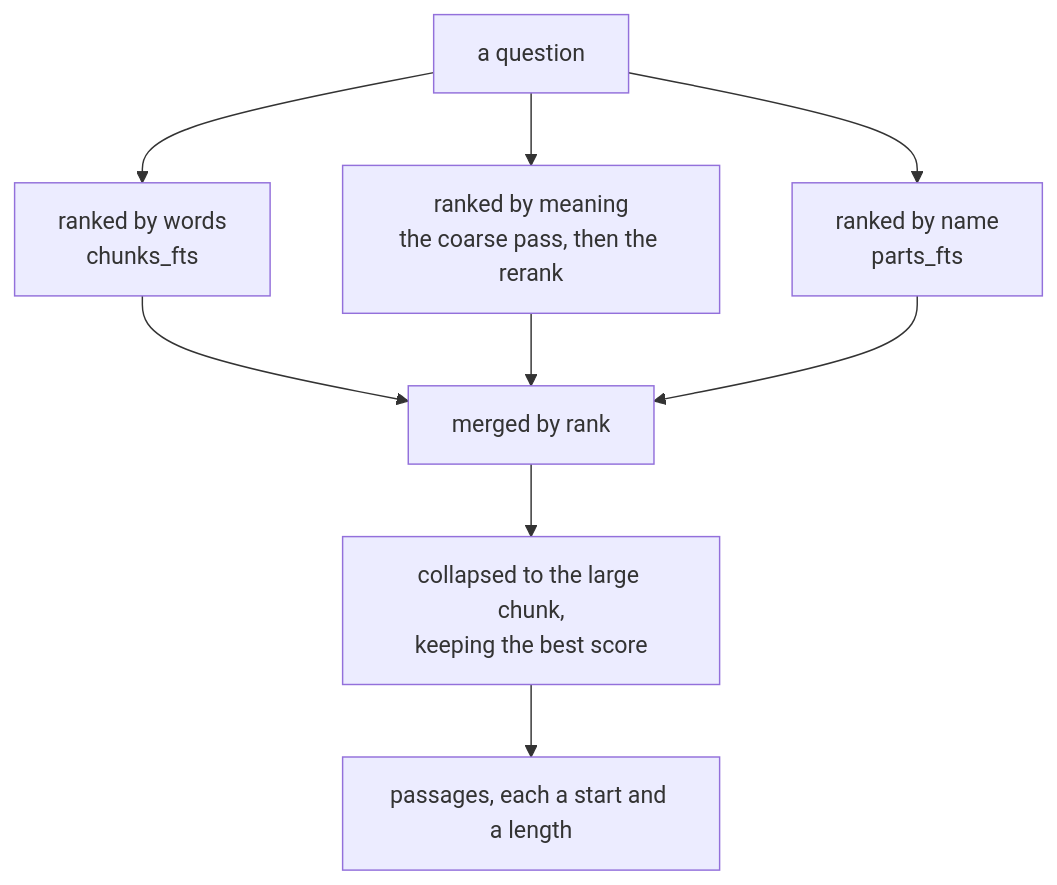
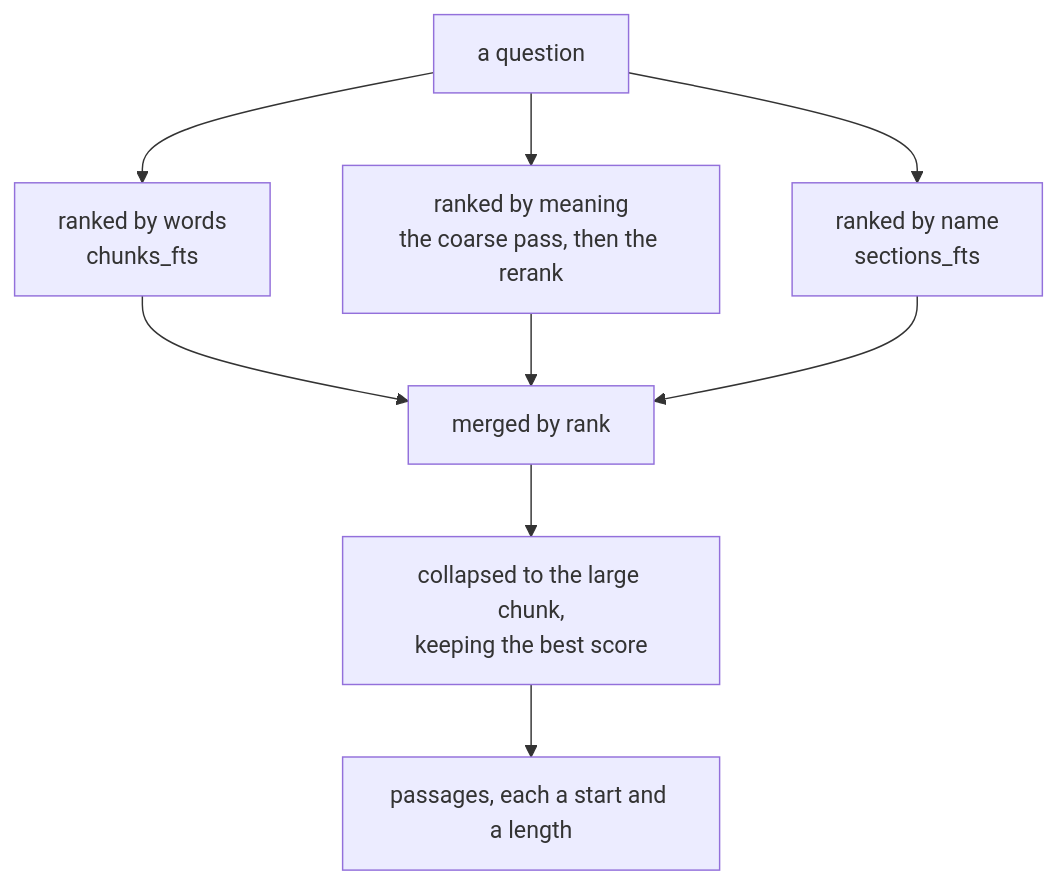
Before and after one commit to jiva-studio/numen: the diagram in docs/adr/0014-one-search-three-rankings.md, drawn with Mermaid. The commit also changed 13 other files, not shown here.

````diff
--- a/docs/adr/0014-one-search-three-rankings.md
+++ b/docs/adr/0014-one-search-three-rankings.md
@@ -18,19 +18,19 @@
 ```mermaid
 graph TD
     Q["a question"]
     RW["ranked by words<br/>chunks_fts"]
     RM["ranked by meaning<br/>the coarse pass, then the rerank"]
-    RN["ranked by name<br/>parts_fts"]
+    RN["ranked by name<br/>sections_fts"]
     RRF["merged by rank"]
     CO["collapsed to the large chunk,<br/>keeping the best score"]
     P["passages, each a start and a length"]
 
     Q --> RW
     Q --> RM
     Q --> RN
     RW --> RRF
     RM --> RRF
     RN --> RRF
     RRF --> CO
     CO --> P
 ```
````
